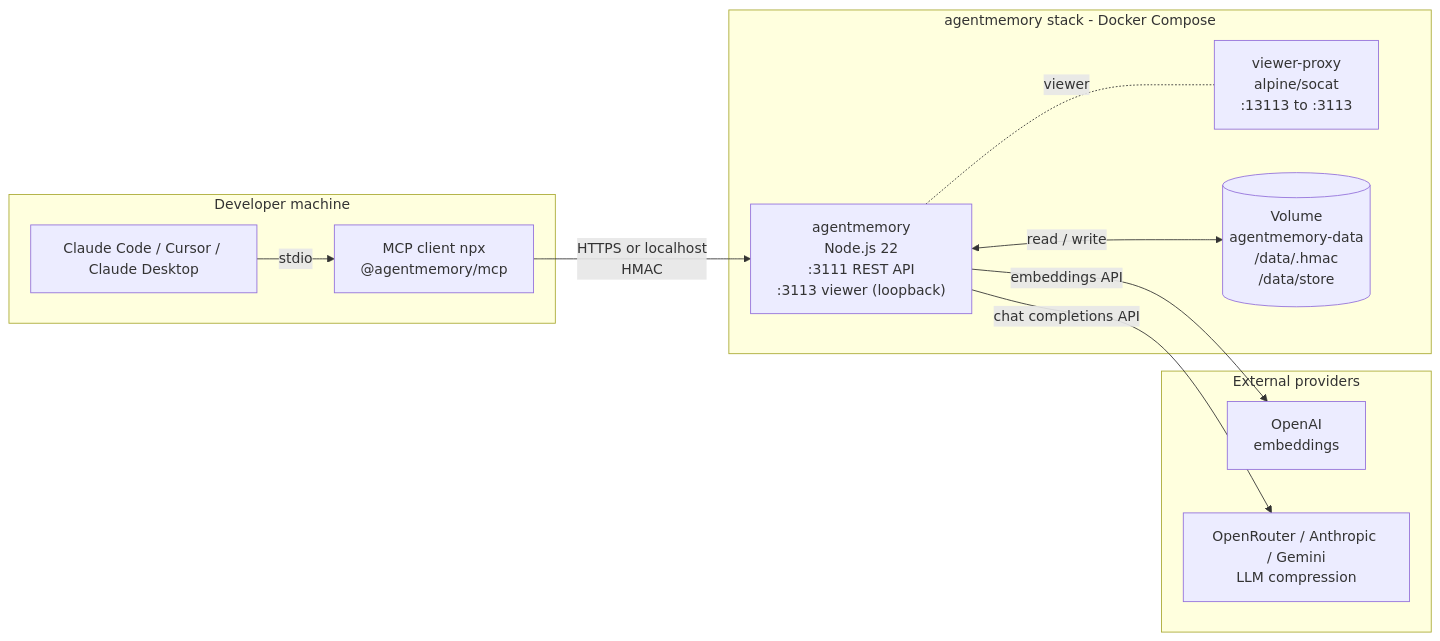
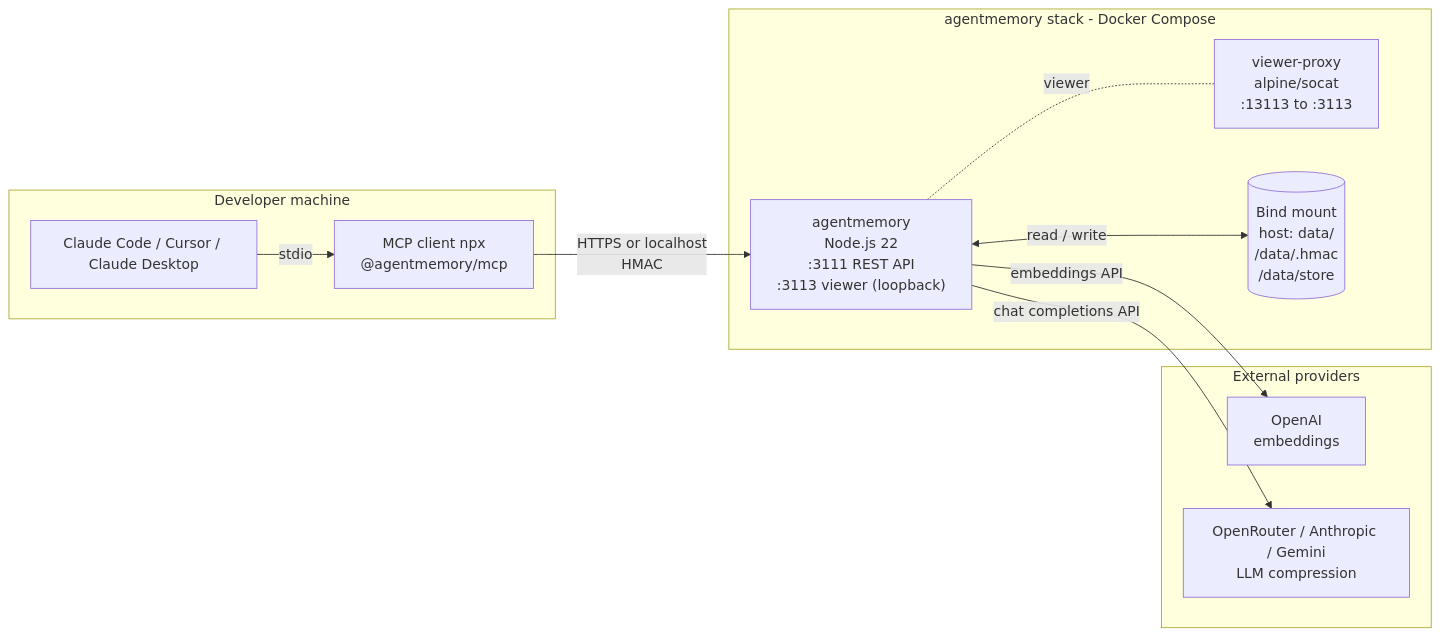
Before and after one commit to focela/agentmemory: the diagram in docs/architecture.md, drawn with Mermaid. The commit also changed other lines of this file and 12 other files, not shown here.

````diff
--- a/docs/architecture.md
+++ b/docs/architecture.md
@@ -8,25 +8,25 @@
 ```mermaid
 flowchart LR
   subgraph DEV[Developer machine]
     IDE["Claude Code / Cursor / Claude Desktop"]
     MCP["MCP client npx<br/>@agentmemory/mcp"]
   end
 
   subgraph STACK["agentmemory stack - Docker Compose"]
     AM["agentmemory<br/>Node.js 22<br/>:3111 REST API<br/>:3113 viewer (loopback)"]
     VP["viewer-proxy<br/>alpine/socat<br/>:13113 to :3113"]
-    VOL[("Volume<br/>agentmemory-data<br/>/data/.hmac<br/>/data/store")]
+    VOL[("Bind mount<br/>host: data/<br/>/data/.hmac<br/>/data/store")]
   end
 
   subgraph EXT[External providers]
     OAI["OpenAI<br/>embeddings"]
     LLM["OpenRouter / Anthropic / Gemini<br/>LLM compression"]
   end
 
   IDE -->|stdio| MCP
   MCP -->|HTTPS or localhost<br/>HMAC| AM
   AM <-->|read / write| VOL
   AM -->|embeddings API| OAI
   AM -->|chat completions API| LLM
   AM -.viewer.- VP
 ```
````
